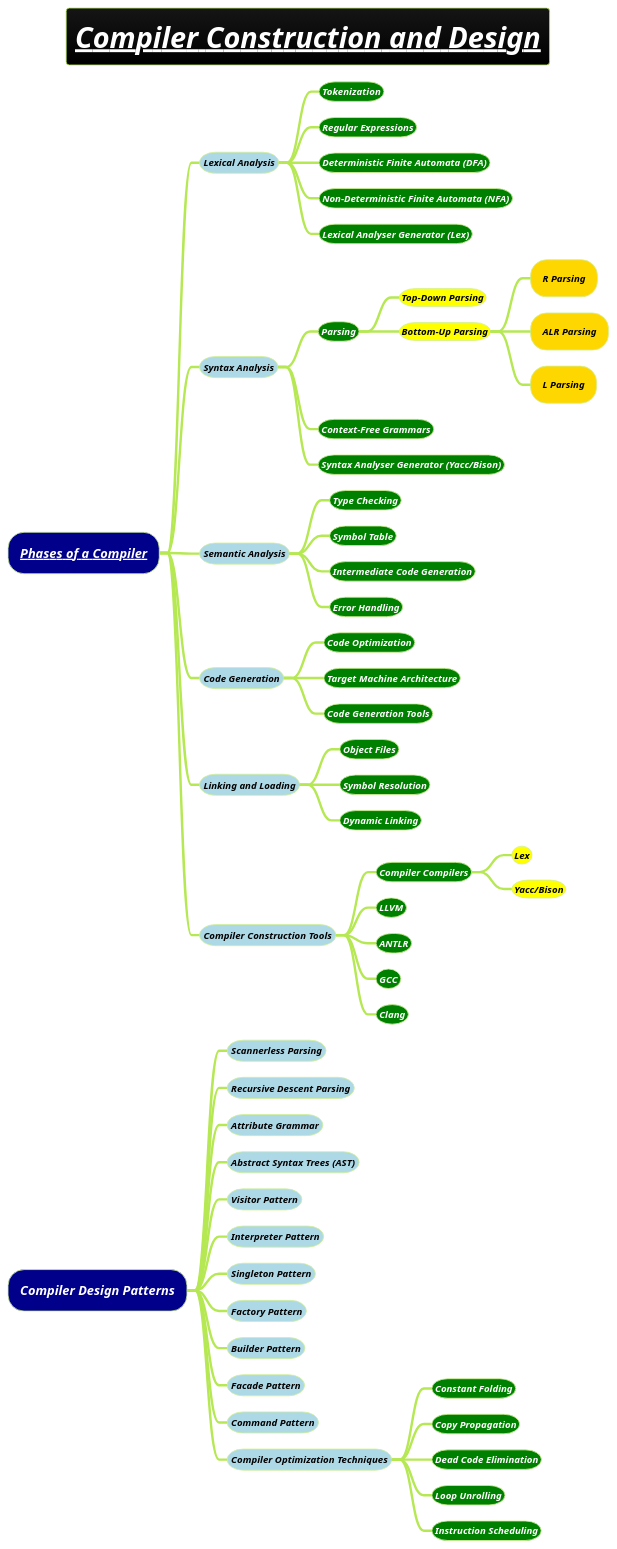
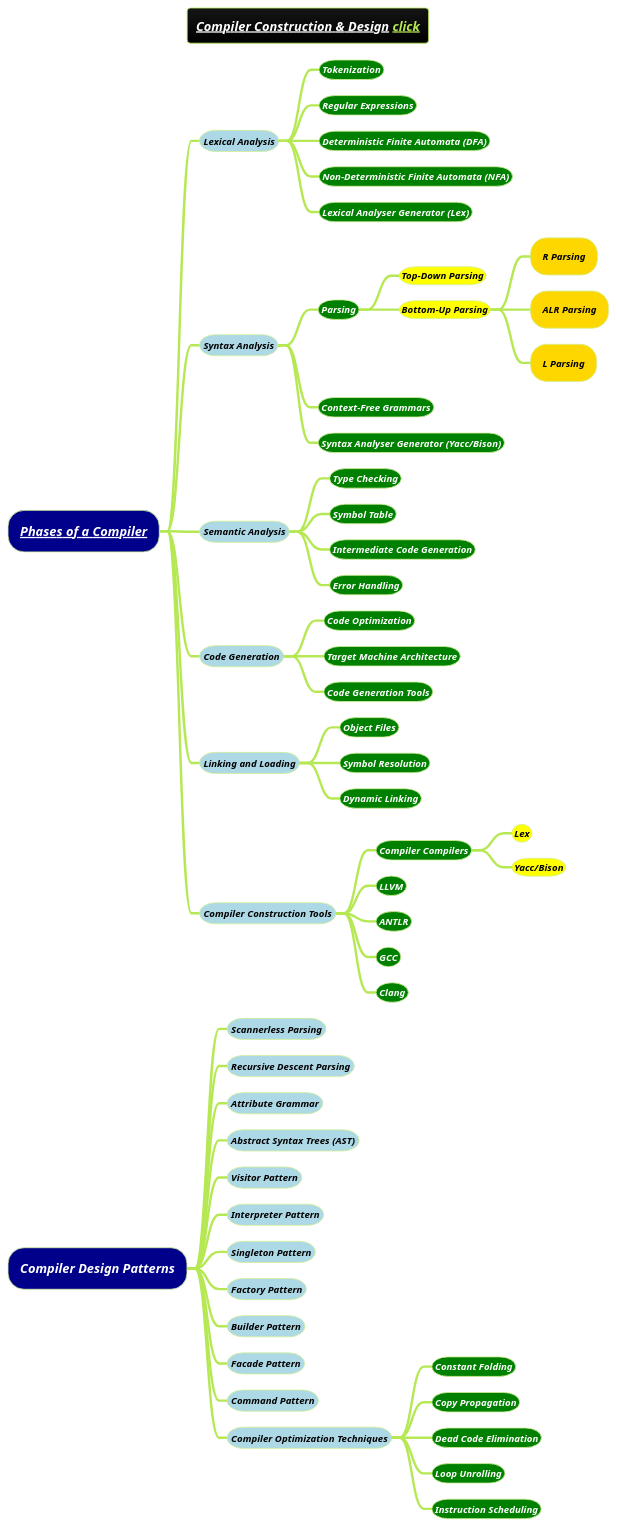
One commit to MehmoodHashmi/Documentation-as-Code-DaC changed the diagram in docs/books/1-books-backlog/compiler-construction/compiler-construction-and-design.puml. Above: the diagram before and after it, drawn with PlantUML. The commit also changed 19 other files, not shown here.

```diff
--- a/docs/books/1-books-backlog/compiler-construction/compiler-construction-and-design.puml
+++ b/docs/books/1-books-backlog/compiler-construction/compiler-construction-and-design.puml
@@ -1,61 +1,61 @@
 @startmindmap
-title =<i><b><u>[[docs/3-programming-languages/Venkat-Subramaniam/images/img_418.png Compiler Construction and Design]]
+title =<i><b><u><size:12>[[docs/3-programming-languages/Venkat-Subramaniam/images/img_418.png Compiler Construction & Design]] click
 !theme hacker
 
 *[#darkblue] <i><color #white>[[docs/3-programming-languages/Venkat-Subramaniam/images/img_418.png Phases of a Compiler]]
 **[#lightblue] <i><color #black><size:12>Lexical Analysis
 ***[#green] <b><i><color #white><size:12>Tokenization
 ***[#green] <b><i><color #white><size:12>Regular Expressions
 ***[#green] <b><i><color #white><size:12>Deterministic Finite Automata (DFA)
 ***[#green] <b><i><color #white><size:12>Non-Deterministic Finite Automata (NFA)
 ***[#green] <b><i><color #white><size:12>Lexical Analyser Generator (Lex)
 **[#lightblue] <i><color #black><size:12>Syntax Analysis
 ***[#green] <b><i><color #white><size:12>Parsing
 ****[#yellow] <i><color #black><size:12><b>Top-Down Parsing
 ****[#yellow] <i><color #black><size:12><b>Bottom-Up Parsing
 *****[#gold] <b><i><color #black><size:12>R Parsing
 *****[#gold] <b><i><color #black><size:12>ALR Parsing
 *****[#gold] <b><i><color #black><size:12>L Parsing
 ***[#green] <b><i><color #white><size:12>Context-Free Grammars
 ***[#green] <b><i><color #white><size:12>Syntax Analyser Generator (Yacc/Bison)
 **[#lightblue] <i><color #black><size:12>Semantic Analysis
 ***[#green] <b><i><color #white><size:12>Type Checking
 ***[#green] <b><i><color #white><size:12>Symbol Table
 ***[#green] <b><i><color #white><size:12>Intermediate Code Generation
 ***[#green] <b><i><color #white><size:12>Error Handling
 **[#lightblue] <i><color #black><size:12>Code Generation
 ***[#green] <b><i><color #white><size:12>Code Optimization
 ***[#green] <b><i><color #white><size:12>Target Machine Architecture
 ***[#green] <b><i><color #white><size:12>Code Generation Tools
 **[#lightblue] <i><color #black><size:12>Linking and Loading
 ***[#green] <b><i><color #white><size:12>Object Files
 ***[#green] <b><i><color #white><size:12>Symbol Resolution
 ***[#green] <b><i><color #white><size:12>Dynamic Linking
 **[#lightblue] <i><color #black><size:12>Compiler Construction Tools
 ***[#green] <b><i><color #white><size:12>Compiler Compilers
 ****[#yellow] <i><color #black><size:12><b>Lex
 ****[#yellow] <i><color #black><size:12><b>Yacc/Bison
 ***[#green] <b><i><color #white><size:12>LLVM
 ***[#green] <b><i><color #white><size:12>ANTLR
 ***[#green] <b><i><color #white><size:12>GCC
 ***[#green] <b><i><color #white><size:12>Clang
 
 *[#darkblue] <i><color #white>Compiler Design Patterns
 **[#lightblue] <i><color #black><size:12>Scannerless Parsing
 **[#lightblue] <i><color #black><size:12>Recursive Descent Parsing
 **[#lightblue] <i><color #black><size:12>Attribute Grammar
 **[#lightblue] <i><color #black><size:12>Abstract Syntax Trees (AST)
 **[#lightblue] <i><color #black><size:12>Visitor Pattern
 **[#lightblue] <i><color #black><size:12>Interpreter Pattern
 **[#lightblue] <i><color #black><size:12>Singleton Pattern
 **[#lightblue] <i><color #black><size:12>Factory Pattern
 **[#lightblue] <i><color #black><size:12>Builder Pattern
 **[#lightblue] <i><color #black><size:12>Facade Pattern
 **[#lightblue] <i><color #black><size:12>Command Pattern
 **[#lightblue] <i><color #black><size:12>Compiler Optimization Techniques
 ***[#green] <b><i><color #white><size:12>Constant Folding
 ***[#green] <b><i><color #white><size:12>Copy Propagation
 ***[#green] <b><i><color #white><size:12>Dead Code Elimination
 ***[#green] <b><i><color #white><size:12>Loop Unrolling
 ***[#green] <b><i><color #white><size:12>Instruction Scheduling
 @endmindmap
```
